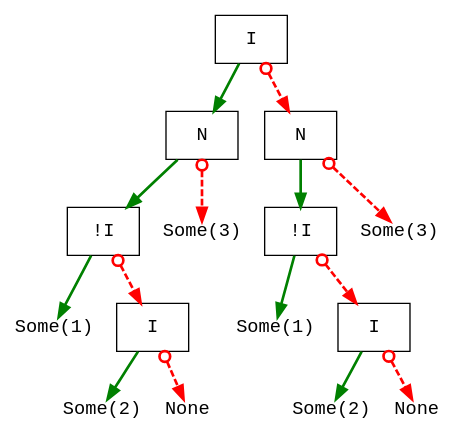
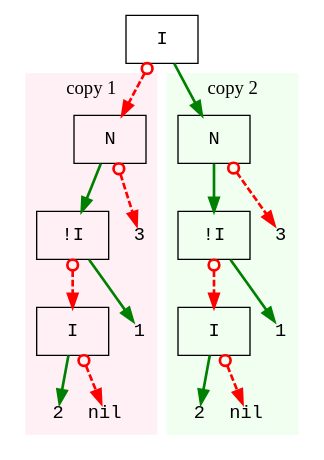
The diagram in doc/reClojure.2025/reclojure.2025.slides.dot/ldd-6.dot (jimka2001/clojure-rte), drawn with Graphviz before and after one commit. The commit also changed 13 other files, not shown here.

```diff
--- a/doc/reClojure.2025/reclojure.2025.slides.dot/ldd-6.dot
+++ b/doc/reClojure.2025/reclojure.2025.slides.dot/ldd-6.dot
@@ -1,65 +1,84 @@
 digraph G {
 node [ fontsize=14];
 bgcolor="#ffffff00" # RGBA (with alpha)
 
 9 [shape=box,label="I",fontname="Courier"]
 
-9 -> n8p [style=solid,color=green,penwidth=2]
-9 -> n8n [style=dashed,color=red,penwidth=2,arrowhead=normal,arrowtail=odot,dir=both]
+subgraph cluster_1 {
+label = "copy 1"
+
+style=filled
+color=lavenderblush1
+
+
+n3pn [shape=box,label="I",fontname="Courier"]
+n4pn [shape=plain,label="2",fontname="Courier"]
+n7pn [shape=plain,label="nil",fontname="Courier"]
+n2pn [shape=plain,label="1",fontname="Courier"]
 
 n8n [shape=box,label="N",fontname="Courier"]
+
+
+n8n -> n1pn [style=solid,color=green,penwidth=2]
+n8n -> n6nn [style=dashed,color=red,penwidth=2,arrowhead=normal,arrowtail=odot,dir=both]
+
+# {rank=same n1pp n6np n1pn n6nn }
+
+#{rank=same n2pp n3pp }
+#{rank=same n4pp n7pp }
+
+}
+
+
+
+subgraph cluster_2 {
+label = "copy 2"
+
+style=filled
+color=honeydew
+
 n8p [shape=box,label="N",fontname="Courier"]
-
-{rank=same n8n n8p }
-
 
 n8p -> n1pp [style=solid,color=green,penwidth=2]
 n8p -> n6np [style=dashed,color=red,penwidth=2,arrowhead=normal,arrowtail=odot,dir=both]
 
-n8n -> n1pn [style=solid,color=green,penwidth=2]
-n8n -> n6nn [style=dashed,color=red,penwidth=2,arrowhead=normal,arrowtail=odot,dir=both]
-
-{rank=same n1pp n6np n1pn n6nn }
-
 n1pp [shape=box,label="!I",fontname="Courier"]
-n2pp [shape=plain,label="Some(1)",fontname="Courier"]
-n3pp [shape=box,label="I",fontname="Courier"]
-n4pp [shape=plain,label="Some(2)",fontname="Courier"]
-n7pp [shape=plain,label="None",fontname="Courier"]
-{rank=same n2pp n3pp }
-{rank=same n4pp n7pp }
 
 n1pn [shape=box,label="!I",fontname="Courier"]
-n2pn [shape=plain,label="Some(1)",fontname="Courier"]
-n3pn [shape=box,label="I",fontname="Courier"]
-n4pn [shape=plain,label="Some(2)",fontname="Courier"]
-n7pn [shape=plain,label="None",fontname="Courier"]
-{rank=same n2pn n3pn }
-{rank=same n4pn n7pn }
+n3pp [shape=box,label="I",fontname="Courier"]
+#{rank=same n2pn n3pn }
+#{rank=same n4pn n7pn }
 
 
 n1pp -> n2pp [style=solid,color=green,penwidth=2]
 n1pp -> n3pp [style=dashed,color=red,penwidth=2,arrowhead=normal,arrowtail=odot,dir=both]
 
 n3pp -> n4pp [style=solid,color=green,penwidth=2]
 n3pp -> n7pp [style=dashed,color=red,penwidth=2,arrowhead=normal,arrowtail=odot,dir=both]
 
 
-n6np [shape=plain,label="Some(3)",fontname="Courier"]
+n6np [shape=plain,label="3",fontname="Courier"]
 
 
 n1pn -> n2pn [style=solid,color=green,penwidth=2]
 n1pn -> n3pn [style=dashed,color=red,penwidth=2,arrowhead=normal,arrowtail=odot,dir=both]
 
 n3pn -> n4pn [style=solid,color=green,penwidth=2]
 n3pn -> n7pn [style=dashed,color=red,penwidth=2,arrowhead=normal,arrowtail=odot,dir=both]
 
 
-n6nn [shape=plain,label="Some(3)",fontname="Courier"]
+n6nn [shape=plain,label="3",fontname="Courier"]
 
+n2pp [shape=plain,label="1",fontname="Courier"]
+n4pp [shape=plain,label="2",fontname="Courier"]
+n7pp [shape=plain,label="nil",fontname="Courier"]
 
+}
 
+#{rank=same n8n n8p }
+9 -> n8p [style=solid,color=green,penwidth=2]
+9 -> n8n [style=dashed,color=red,penwidth=2,arrowhead=normal,arrowtail=odot,dir=both]
 
 
 
 }
```
